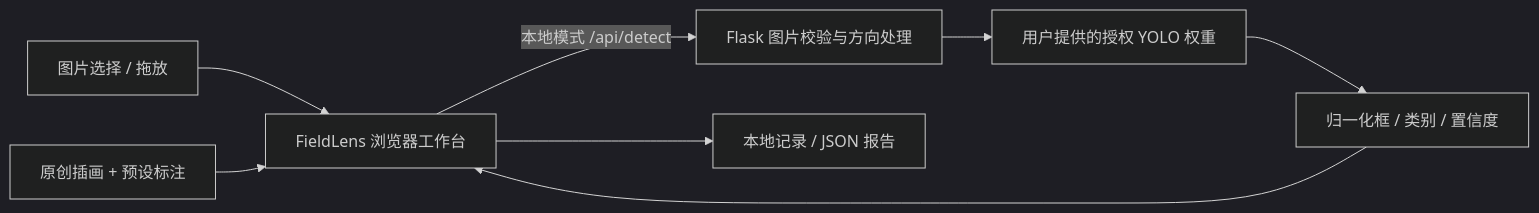
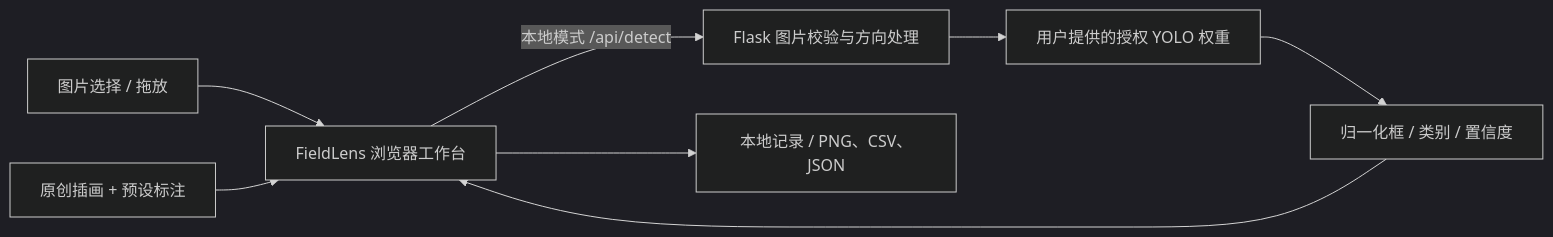
The diagram in README.md (GuHang2011/fieldlens), drawn with Mermaid (dark theme) before and after one commit. The commit also changed other lines of this file and 14 other files, not shown here.

````diff
--- a/README.md
+++ b/README.md
@@ -107,10 +109,10 @@
 ```mermaid
 flowchart LR
   A[图片选择 / 拖放] --> B[FieldLens 浏览器工作台]
   S[原创插画 + 预设标注] --> B
   B -->|本地模式 /api/detect| C[Flask 图片校验与方向处理]
   C --> D[用户提供的授权 YOLO 权重]
   D --> E[归一化框 / 类别 / 置信度]
   E --> B
-  B --> F[本地记录 / JSON 报告]
+  B --> F[本地记录 / PNG、CSV、JSON]
 ```
````
